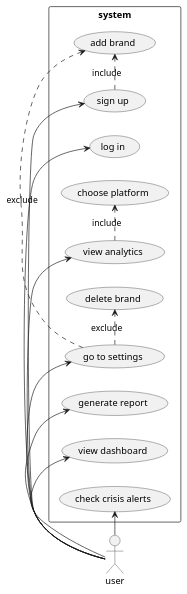
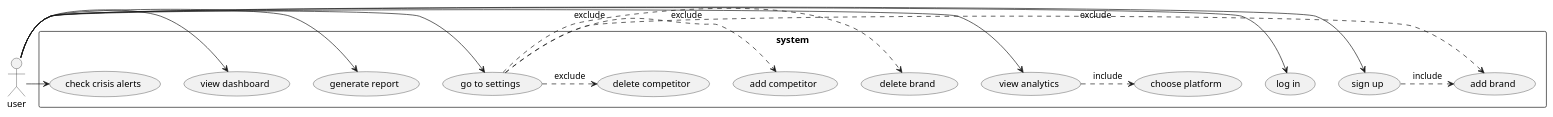
One commit to NadaaSelim/GP changed the diagram in Graphs/usecase.puml. Above: the diagram before and after it, drawn with PlantUML. The commit also changed 14 other files, not shown here.

Commit message:
diagrams edits + more webscraping

```diff
--- a/Graphs/usecase.puml
+++ b/Graphs/usecase.puml
@@ -1,50 +1,54 @@
 @startuml
-left to right direction
 actor user
 rectangle system{
 usecase "sign up" as s1
 usecase "log in" as lg
 usecase "view analytics" as v1
 usecase "go to settings" as gs
 usecase "generate report" as gr
 usecase "view dashboard" as od
 usecase "check crisis alerts" as ca
 usecase "choose platform" as p1
 
 usecase "add brand" as ab
+
 usecase "delete brand" as db
+usecase "add competitor" as ac
+usecase "delete competitor" as dc
 ' usecase "add platform" as ap
 ' usecase "remove platform" as rp
 }
 user -> s1
 s1 .> ab : include
 user -> lg 
 user -> v1
 v1 .> p1 : include
 user -> gs
 gs .> ab: exclude
 gs .> db: exclude
+gs .> ac: exclude
+gs .> dc: exclude
 
 ' user -> p1
 user -> gr
 user -> od
 user -> ca
 ' user -> db
 ' user -> ap
 ' user -> rp
 
 
 ' (rp) -[hidden]- (gs)
 ' (db) -[hidden]- (ap)
 ' (ab) -[hidden]- (db)
 ' (od) -[hidden]- (ca)
 ' (ab) -[hidden]- (s1)
 ' (rp) -[hidden]- (ap)
 ' (gr) -[hidden]- (od)
 ' (gr) -[hidden]- (p1)
 ' (p1) -[hidden]- (v1)
 ' (s1) -[hidden]- (lg)
 
 
 
 @enduml
```
